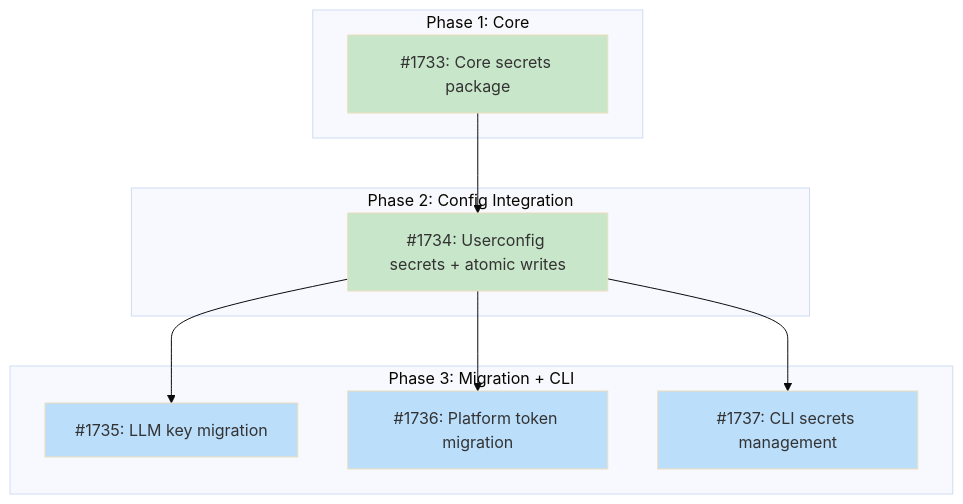
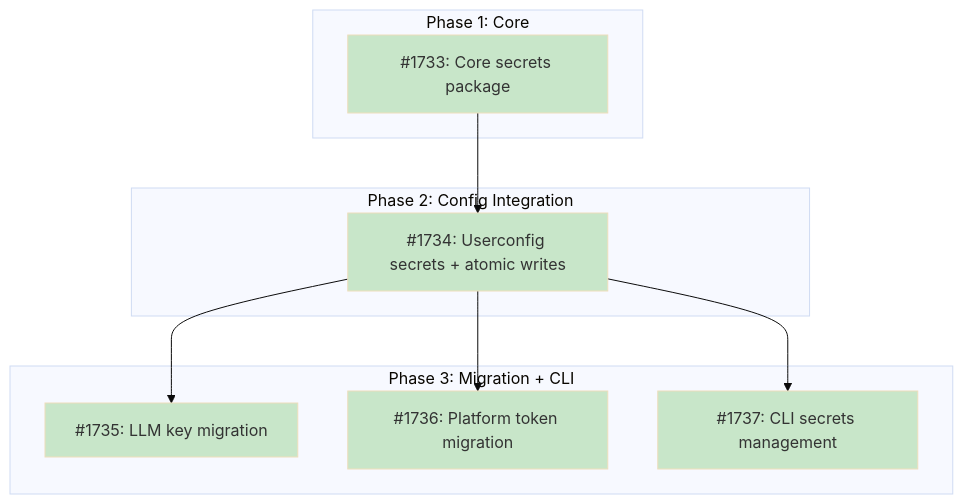
Before and after one commit to tsukumogami/tsuku: the diagram in docs/designs/DESIGN-secrets-manager.md, drawn with Mermaid (base theme). The commit also changed other lines of this file and 9 other files, not shown here.

````diff
--- a/docs/designs/DESIGN-secrets-manager.md
+++ b/docs/designs/DESIGN-secrets-manager.md
@@ -53,31 +53,31 @@
 ```mermaid
 graph TD
     subgraph Phase1["Phase 1: Core"]
         I1733["#1733: Core secrets package"]
     end
 
     subgraph Phase2["Phase 2: Config Integration"]
         I1734["#1734: Userconfig secrets + atomic writes"]
     end
 
     subgraph Phase3["Phase 3: Migration + CLI"]
         I1735["#1735: LLM key migration"]
         I1736["#1736: Platform token migration"]
         I1737["#1737: CLI secrets management"]
     end
 
     I1733 --> I1734
     I1734 --> I1735
     I1734 --> I1736
     I1734 --> I1737
 
     classDef done fill:#c8e6c9
     classDef ready fill:#bbdefb
     classDef blocked fill:#fff9c4
     classDef needsDesign fill:#e1bee7
     classDef tracksDesign fill:#FFE0B2,stroke:#F57C00,color:#000
 
     class I1733 done
     class I1734 done
-    class I1735,I1736,I1737 ready
+    class I1735,I1736,I1737 done
 ```
````
